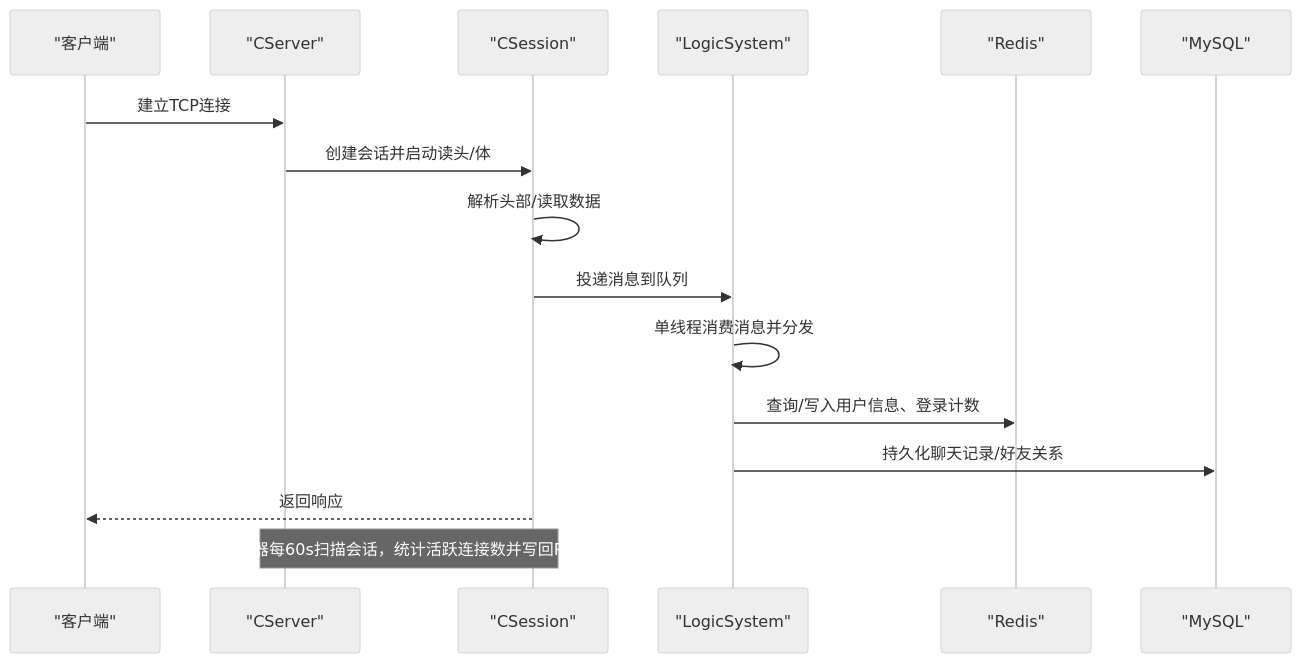
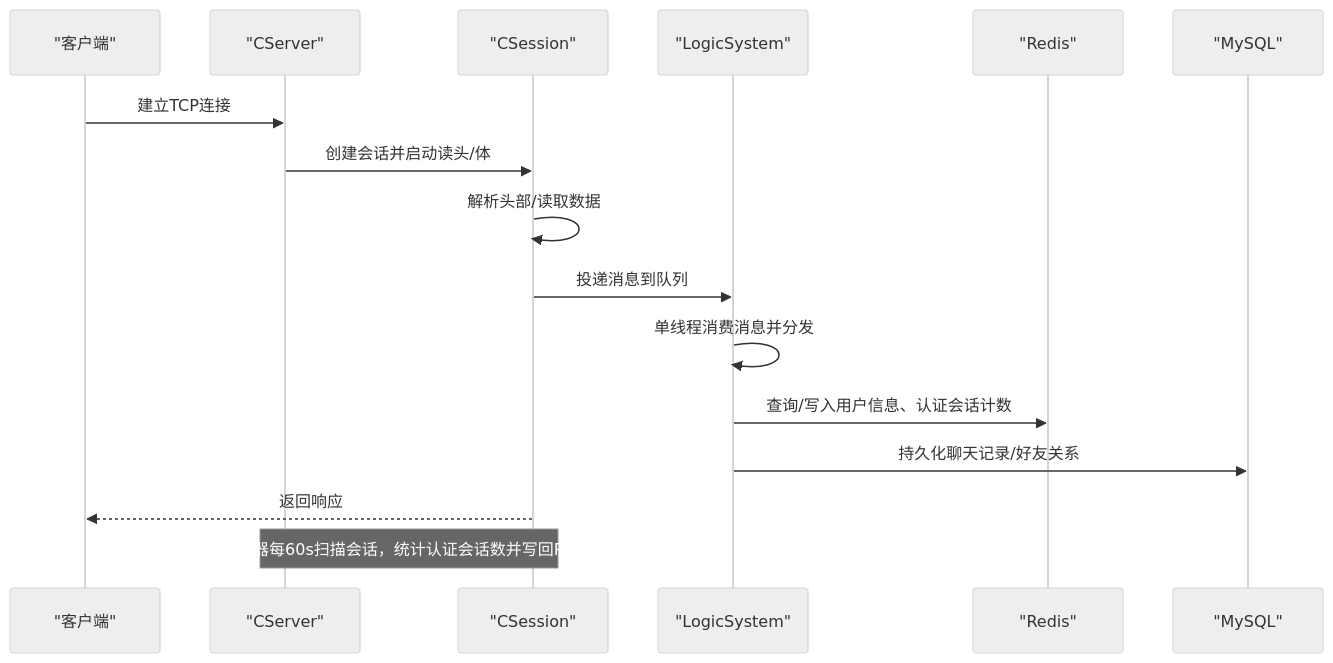
One commit to echo9923/mychatter changed the second of 6 diagrams in .qoder/repowiki/zh/content/性能优化/性能监控与分析.md. Above: the diagram before and after it, drawn with Mermaid (neutral theme). The commit also changed other lines of this file and 107 other files, not shown here.

````diff
--- a/.qoder/repowiki/zh/content/性能优化/性能监控与分析.md
+++ b/.qoder/repowiki/zh/content/性能优化/性能监控与分析.md
@@ -108,18 +116,18 @@
 ```mermaid
 sequenceDiagram
 participant C as "客户端"
 participant S as "CServer"
 participant SS as "CSession"
 participant L as "LogicSystem"
 participant R as "Redis"
 participant DB as "MySQL"
 C->>S : 建立TCP连接
 S->>SS : 创建会话并启动读头/体
 SS->>SS : 解析头部/读取数据
 SS->>L : 投递消息到队列
 L->>L : 单线程消费消息并分发
-L->>R : 查询/写入用户信息、登录计数
+L->>R : 查询/写入用户信息、认证会话计数
 L->>DB : 持久化聊天记录/好友关系
 SS-->>C : 返回响应
-Note over S,SS : 定时器每60s扫描会话，统计活跃连接数并写回Redis
+Note over S,SS : 定时器每60s扫描会话，统计认证会话数并写回Redis
 ```
````
